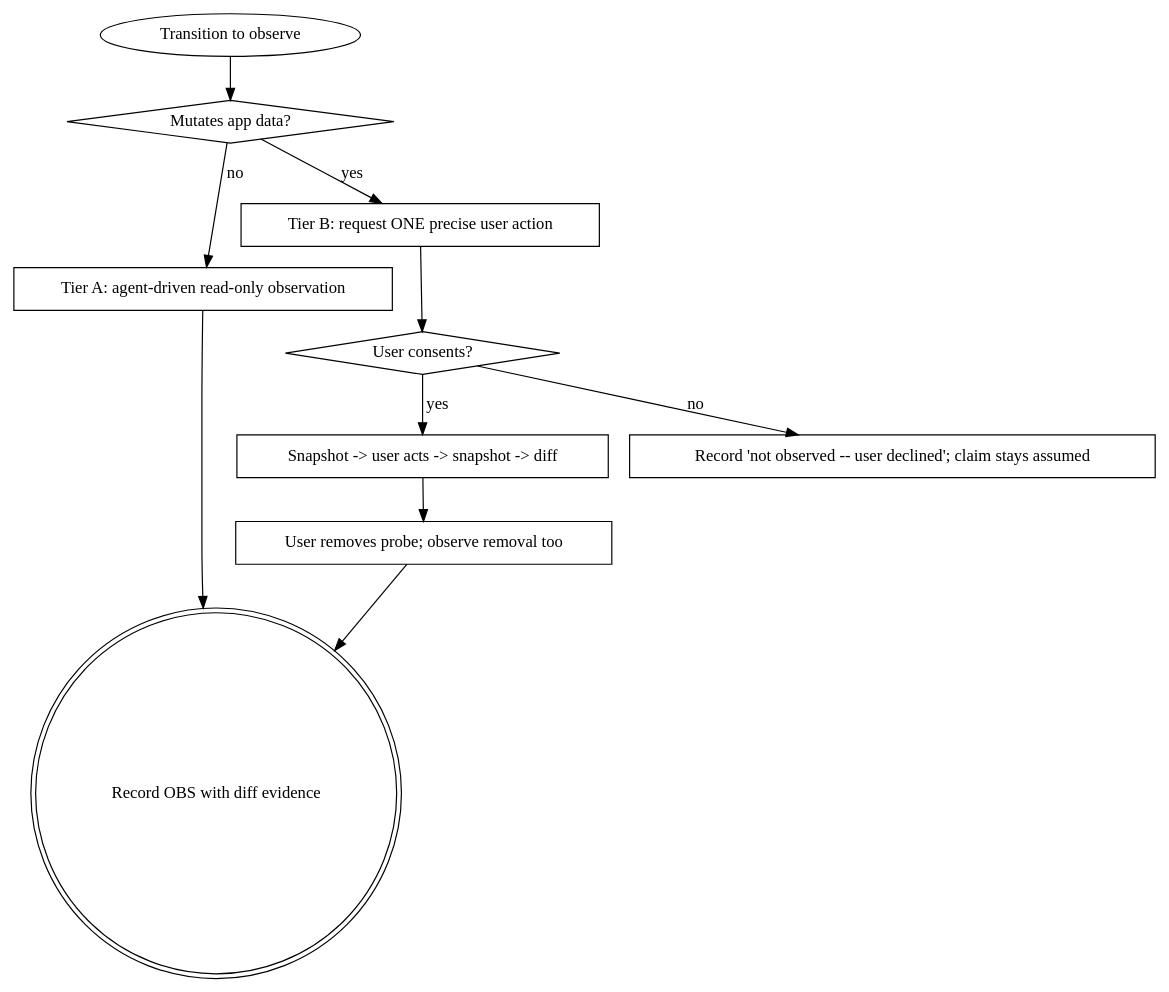
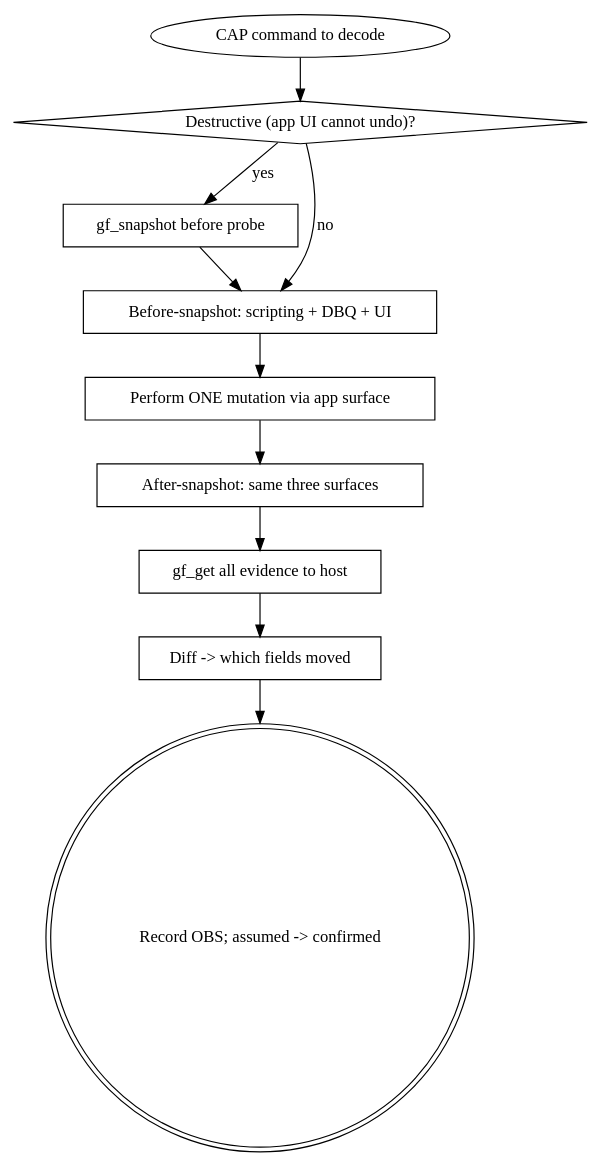
The diagram in skills/macos-runtime-observation/SKILL.md (jacobthemyth/greenfield), drawn with Graphviz before and after one commit. The commit also changed other lines of this file and 2 other files, not shown here.

First line of the commit message:
feat(skills): rewrite macOS runtime skills for read+write disposable environments

````diff
--- a/skills/macos-runtime-observation/SKILL.md
+++ b/skills/macos-runtime-observation/SKILL.md
@@ -166,25 +216,25 @@
 ```dot
-digraph two_tier {
+digraph mutation_probe {
     rankdir=TB;
 
-    "Transition to observe" [shape=ellipse];
-    "Mutates app data?" [shape=diamond];
-    "Tier A: agent-driven read-only observation" [shape=box];
-    "Tier B: request ONE precise user action" [shape=box];
-    "User consents?" [shape=diamond];
-    "Snapshot -> user acts -> snapshot -> diff" [shape=box];
-    "User removes probe; observe removal too" [shape=box];
-    "Record 'not observed -- user declined'; claim stays assumed" [shape=box];
-    "Record OBS with diff evidence" [shape=doublecircle];
+    "CAP command to decode" [shape=ellipse];
+    "Destructive (app UI cannot undo)?" [shape=diamond];
+    "gf_snapshot before probe" [shape=box];
+    "Before-snapshot: scripting + DBQ + UI" [shape=box];
+    "Perform ONE mutation via app surface" [shape=box];
+    "After-snapshot: same three surfaces" [shape=box];
+    "gf_get all evidence to host" [shape=box];
+    "Diff -> which fields moved" [shape=box];
+    "Record OBS; assumed -> confirmed" [shape=doublecircle];
 
-    "Transition to observe" -> "Mutates app data?";
-    "Mutates app data?" -> "Tier A: agent-driven read-only observation" [label="no"];
-    "Mutates app data?" -> "Tier B: request ONE precise user action" [label="yes"];
-    "Tier B: request ONE precise user action" -> "User consents?";
-    "User consents?" -> "Snapshot -> user acts -> snapshot -> diff" [label="yes"];
-    "User consents?" -> "Record 'not observed -- user declined'; claim stays assumed" [label="no"];
-    "Snapshot -> user acts -> snapshot -> diff" -> "User removes probe; observe removal too";
-    "User removes probe; observe removal too" -> "Record OBS with diff evidence";
-    "Tier A: agent-driven read-only observation" -> "Record OBS with diff evidence";
+    "CAP command to decode" -> "Destructive (app UI cannot undo)?";
+    "Destructive (app UI cannot undo)?" -> "gf_snapshot before probe" [label="yes"];
+    "Destructive (app UI cannot undo)?" -> "Before-snapshot: scripting + DBQ + UI" [label="no"];
+    "gf_snapshot before probe" -> "Before-snapshot: scripting + DBQ + UI";
+    "Before-snapshot: scripting + DBQ + UI" -> "Perform ONE mutation via app surface";
+    "Perform ONE mutation via app surface" -> "After-snapshot: same three surfaces";
+    "After-snapshot: same three surfaces" -> "gf_get all evidence to host";
+    "gf_get all evidence to host" -> "Diff -> which fields moved";
+    "Diff -> which fields moved" -> "Record OBS; assumed -> confirmed";
 }
 ```
````
